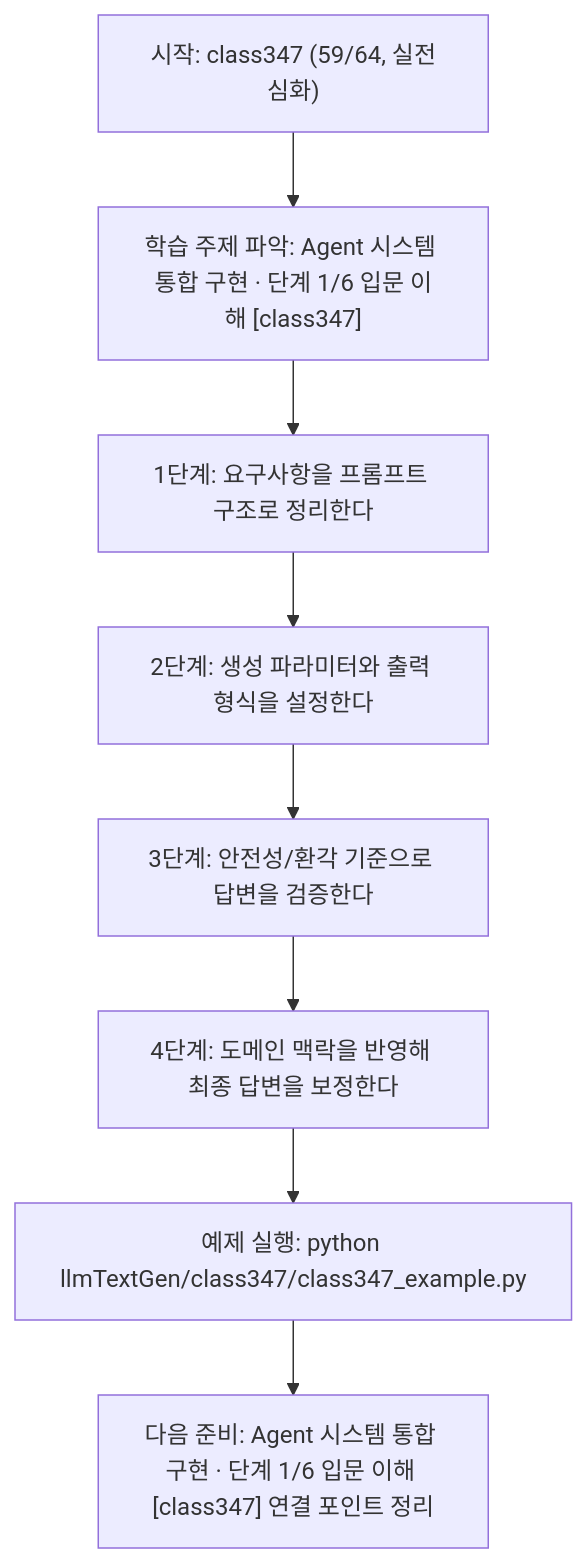
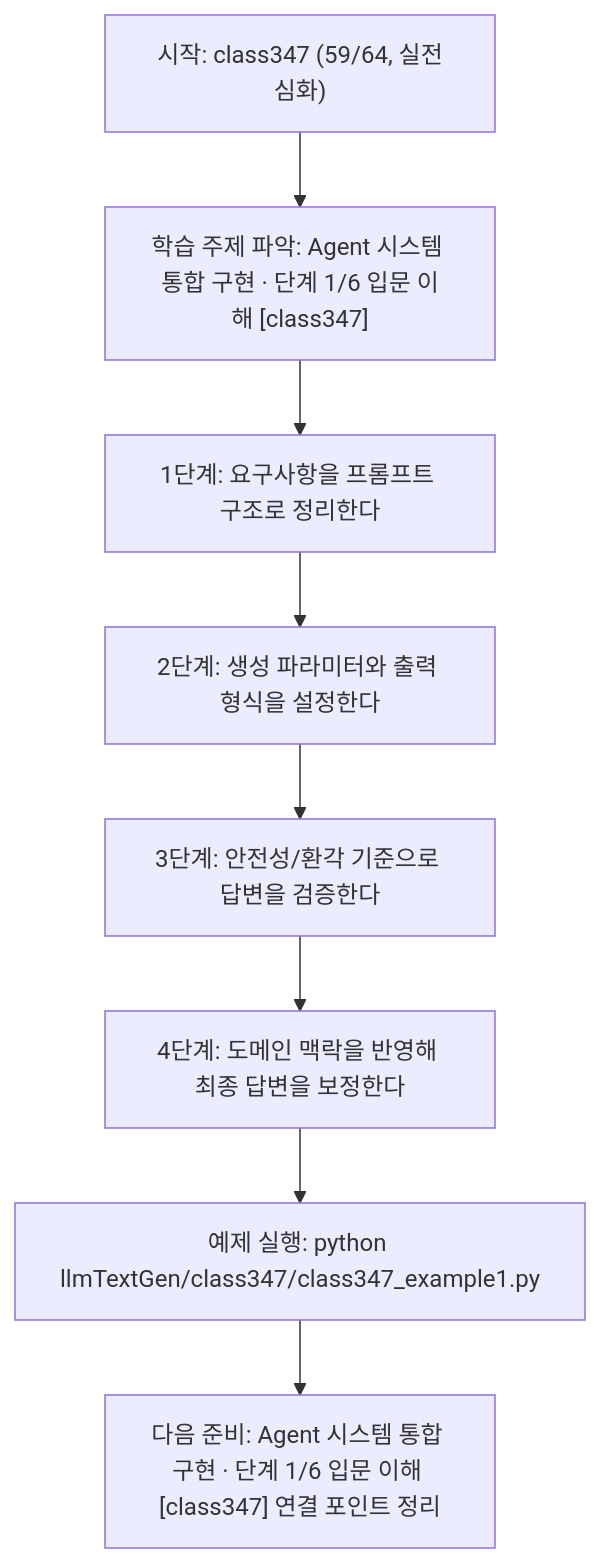
One commit to edumgt/Python-AI_Agent-Class changed the diagram in llmTextGen/class347/class347.md. Above: the diagram before and after it, drawn with Mermaid. The commit also changed other lines of this file and 2959 other files, not shown here.

````diff
--- a/llmTextGen/class347/class347.md
+++ b/llmTextGen/class347/class347.md
@@ -115,18 +115,18 @@
 ```mermaid
 flowchart TD
 N1["시작: class347 (59/64, 실전심화)"]
 N2["학습 주제 파악: Agent 시스템 통합 구현 · 단계 1/6 입문 이해 [class347]"]
 N3["1단계: 요구사항을 프롬프트 구조로 정리한다"]
 N4["2단계: 생성 파라미터와 출력 형식을 설정한다"]
 N5["3단계: 안전성/환각 기준으로 답변을 검증한다"]
 N6["4단계: 도메인 맥락을 반영해 최종 답변을 보정한다"]
-N7["예제 실행: python llmTextGen/class347/class347_example.py"]
+N7["예제 실행: python llmTextGen/class347/class347_example1.py"]
 N8["다음 준비: Agent 시스템 통합 구현 · 단계 1/6 입문 이해 [class347] 연결 포인트 정리"]
 N1 --> N2
 N2 --> N3
 N3 --> N4
 N4 --> N5
 N5 --> N6
 N6 --> N7
 N7 --> N8
 ```
````
